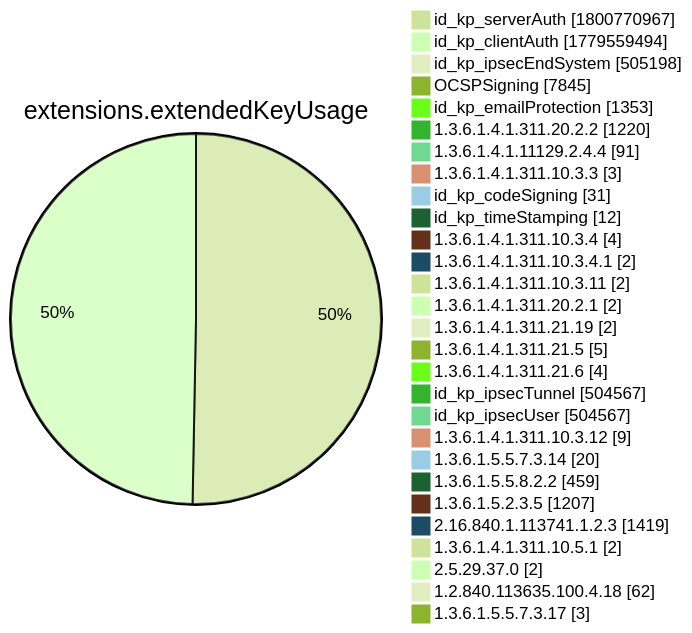
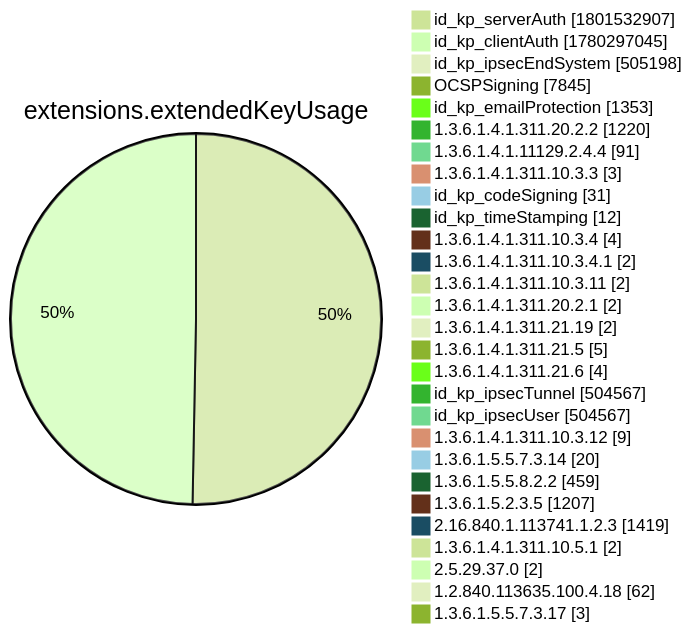
Diagram 12 of 15 in xenon2022/README.md (christiankrug/ctmonitor_visualization), drawn with Mermaid (forest theme) before and after one commit. The commit also changed other lines of this file, not shown here.

````diff
--- a/xenon2022/README.md
+++ b/xenon2022/README.md
@@ -3895,32 +3895,32 @@
 ```mermaid
 pie showData
 title extensions.extendedKeyUsage
-"id_kp_serverAuth" :1800770967
-"id_kp_clientAuth" :1779559494
+"id_kp_serverAuth" :1801532907
+"id_kp_clientAuth" :1780297045
 "id_kp_ipsecEndSystem" :505198
 "OCSPSigning" :7845
 "id_kp_emailProtection" :1353
 "1.3.6.1.4.1.311.20.2.2" :1220
 "1.3.6.1.4.1.11129.2.4.4" :91
 "1.3.6.1.4.1.311.10.3.3" :3
 "id_kp_codeSigning" :31
 "id_kp_timeStamping" :12
 "1.3.6.1.4.1.311.10.3.4" :4
 "1.3.6.1.4.1.311.10.3.4.1" :2
 "1.3.6.1.4.1.311.10.3.11" :2
 "1.3.6.1.4.1.311.20.2.1" :2
 "1.3.6.1.4.1.311.21.19" :2
 "1.3.6.1.4.1.311.21.5" :5
 "1.3.6.1.4.1.311.21.6" :4
 "id_kp_ipsecTunnel" :504567
 "id_kp_ipsecUser" :504567
 "1.3.6.1.4.1.311.10.3.12" :9
 "1.3.6.1.5.5.7.3.14" :20
 "1.3.6.1.5.5.8.2.2" :459
 "1.3.6.1.5.2.3.5" :1207
 "2.16.840.1.113741.1.2.3" :1419
 "1.3.6.1.4.1.311.10.5.1" :2
 "2.5.29.37.0" :2
 "1.2.840.113635.100.4.18" :62
 "1.3.6.1.5.5.7.3.17" :3
 ```
````
